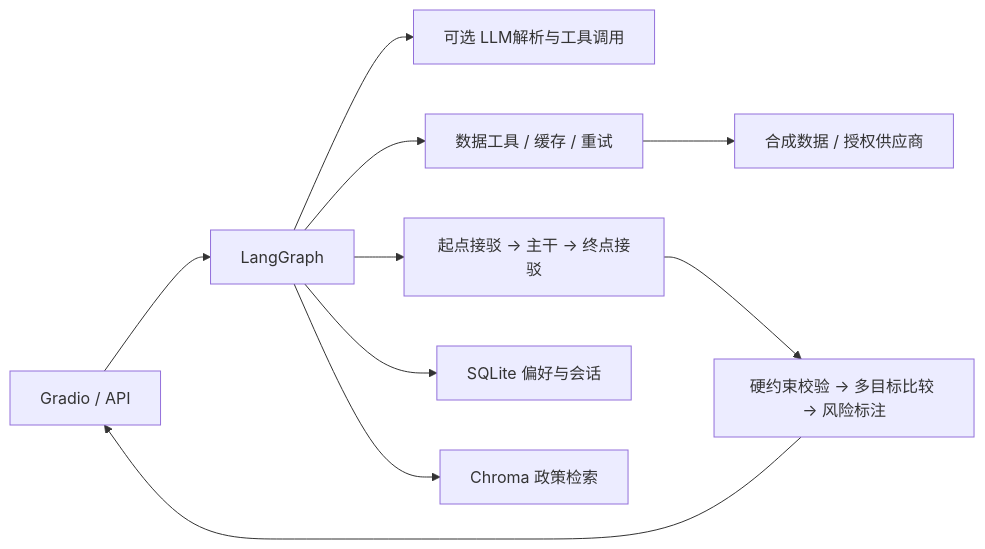
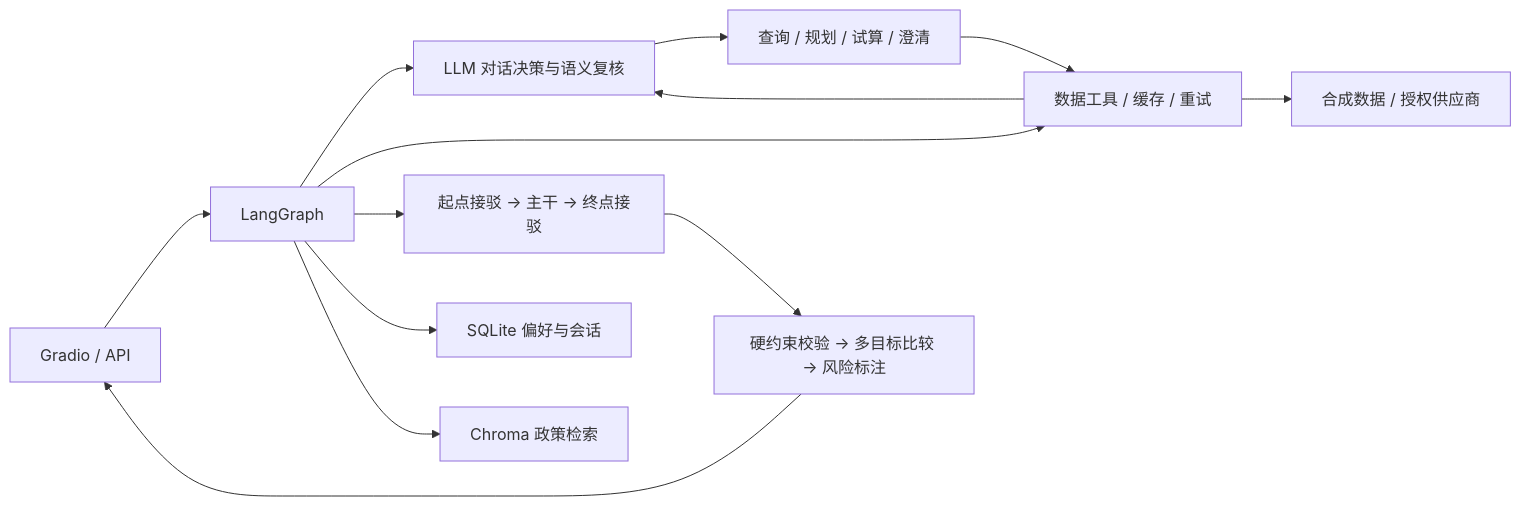
One commit to tsuimon/travel-planner-agent changed the diagram in README.md. Above: the diagram before and after it, drawn with Mermaid. The commit also changed other lines of this file and 15 other files, not shown here.

````diff
--- a/README.md
+++ b/README.md
@@ -23,12 +24,15 @@
 ```mermaid
 flowchart LR
  U[Gradio / API] --> G[LangGraph]
- G --> L[可选 LLM解析与工具调用]
+ G --> L[LLM 对话决策与语义复核]
+ L --> A[查询 / 规划 / 试算 / 澄清]
+ A --> T
+ T --> L
  G --> T[数据工具 / 缓存 / 重试]
  T --> D[合成数据 / 授权供应商]
  G --> S[起点接驳 → 主干 → 终点接驳]
  S --> C[硬约束校验 → 多目标比较 → 风险标注]
  G --> M[SQLite 偏好与会话]
  G --> R[Chroma 政策检索]
- C --> U
+C --> U
 ```
````
